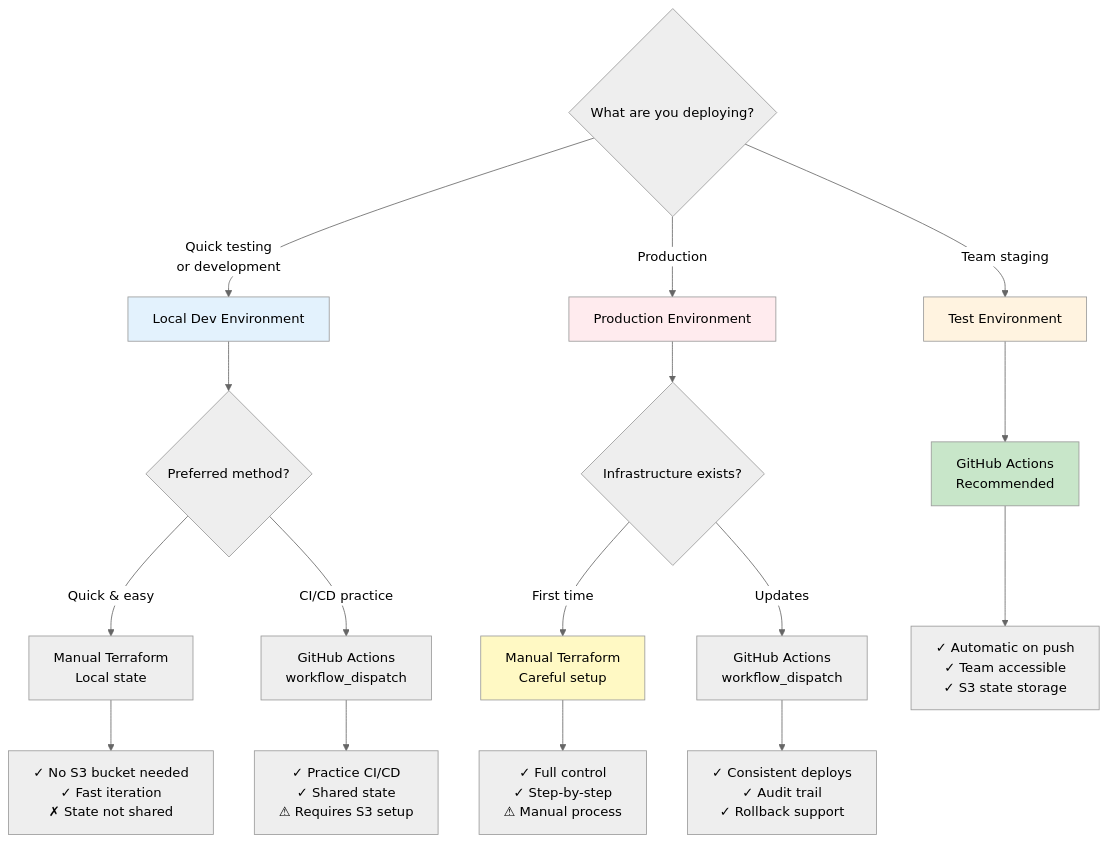
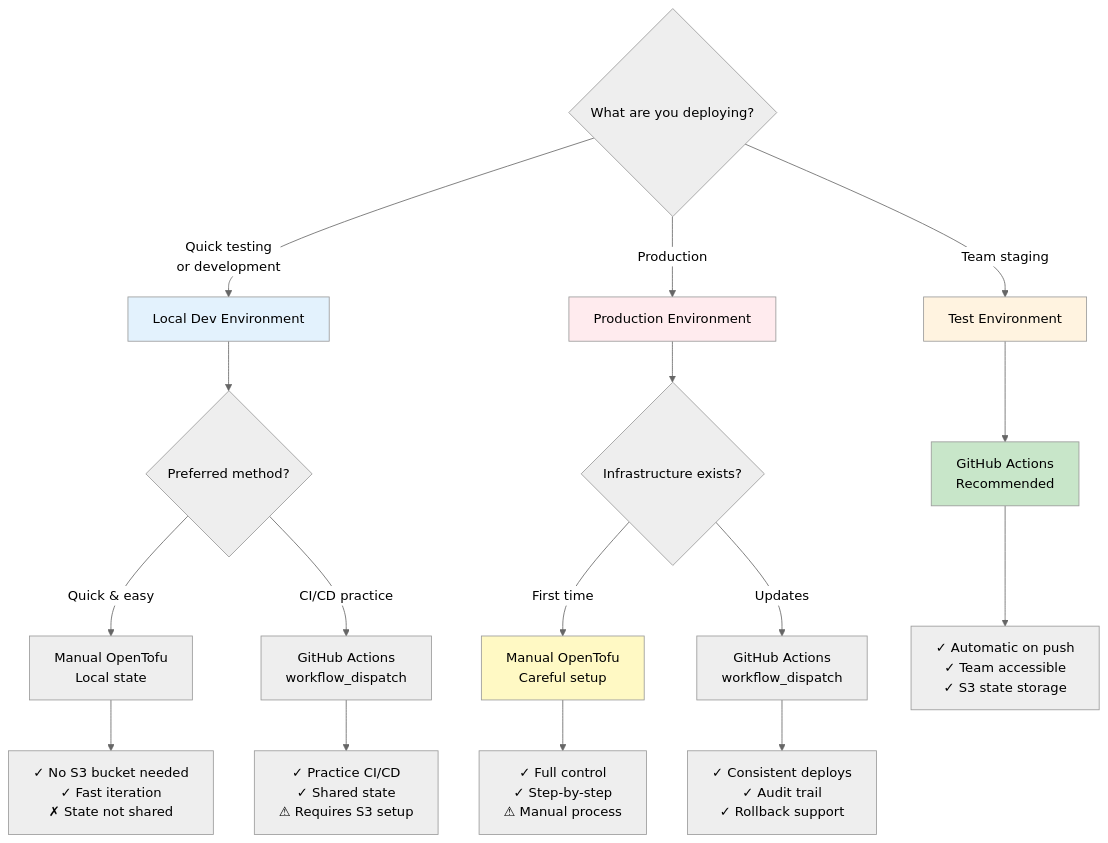
Before and after one commit to talmolab/lablink: the diagram in docs/deployment.md, drawn with Mermaid (neutral theme). The commit also changed other lines of this file and 23 other files, not shown here.

First line of the commit message:
docs: rewrite Terraform as OpenTofu across the documentation (#447)

````diff
--- a/docs/deployment.md
+++ b/docs/deployment.md
@@ -18,32 +18,32 @@
 ```mermaid
 flowchart TD
     Start{What are you deploying?}
 
     Start -->|Quick testing<br/>or development| DevEnv[Local Dev Environment]
     Start -->|Team staging| TestEnv[Test Environment]
     Start -->|Production| ProdEnv[Production Environment]
 
     DevEnv --> DevMethod{Preferred method?}
     TestEnv --> AutoDeploy[GitHub Actions<br/>Recommended]
     ProdEnv --> ProdMethod{Infrastructure exists?}
 
-    DevMethod -->|Quick & easy| ManualDev[Manual Terraform<br/>Local state]
+    DevMethod -->|Quick & easy| ManualDev[Manual OpenTofu<br/>Local state]
     DevMethod -->|CI/CD practice| GHActionsDev[GitHub Actions<br/>workflow_dispatch]
 
-    ProdMethod -->|First time| ManualProd[Manual Terraform<br/>Careful setup]
+    ProdMethod -->|First time| ManualProd[Manual OpenTofu<br/>Careful setup]
     ProdMethod -->|Updates| GHActionsProd[GitHub Actions<br/>workflow_dispatch]
 
     ManualDev --> DevNotes["✓ No S3 bucket needed<br/>✓ Fast iteration<br/>✗ State not shared"]
     GHActionsDev --> DevGHNotes["✓ Practice CI/CD<br/>✓ Shared state<br/>⚠ Requires S3 setup"]
 
     AutoDeploy --> TestNotes["✓ Automatic on push<br/>✓ Team accessible<br/>✓ S3 state storage"]
 
     ManualProd --> ProdManual["✓ Full control<br/>✓ Step-by-step<br/>⚠ Manual process"]
     GHActionsProd --> ProdGH["✓ Consistent deploys<br/>✓ Audit trail<br/>✓ Rollback support"]
 
     style DevEnv fill:#e3f2fd
     style TestEnv fill:#fff3e0
     style ProdEnv fill:#ffebee
     style AutoDeploy fill:#c8e6c9
     style ManualProd fill:#fff9c4
 ```
````
